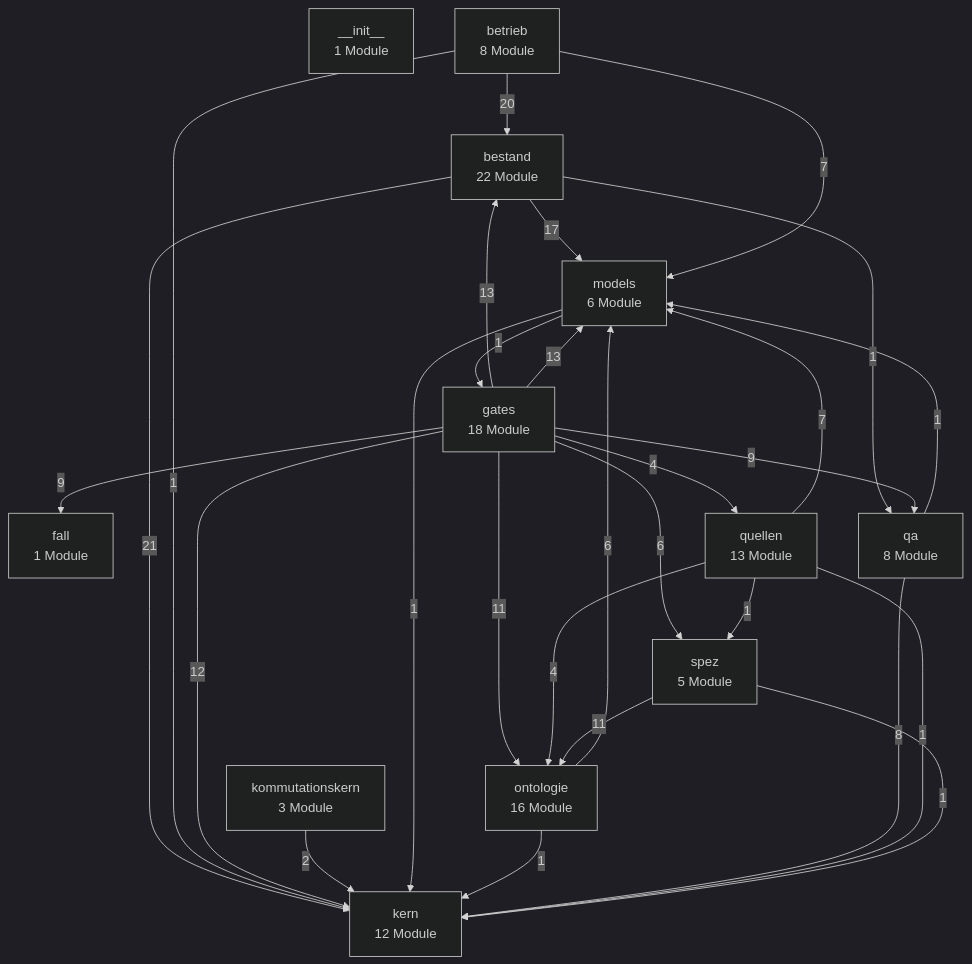
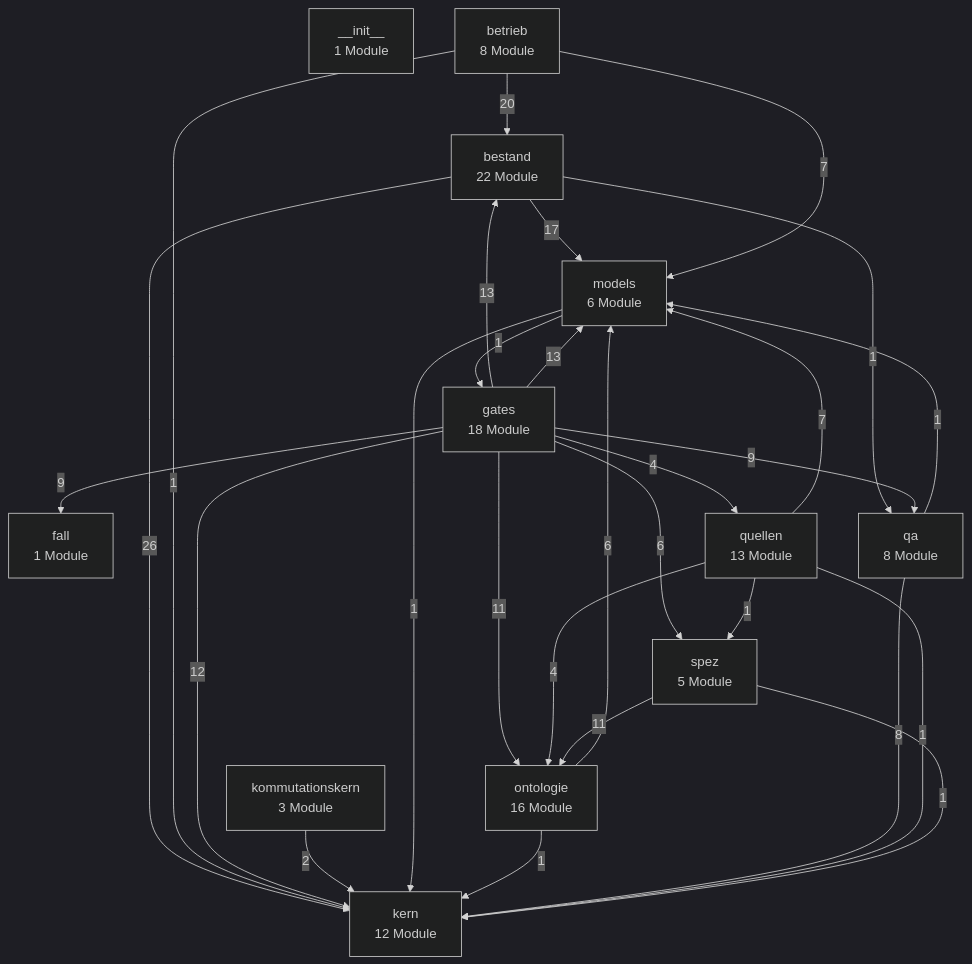
One commit to bartlmac/rechner-pipeline changed the first of 3 diagrams in docs/architektur/landkarte.md. Above: the diagram before and after it, drawn with Mermaid (dark theme). The commit also changed 11 other files, not shown here.

````diff
--- a/docs/architektur/landkarte.md
+++ b/docs/architektur/landkarte.md
@@ -27,43 +27,43 @@
 ```mermaid
 %% Schichten — erzeugt von ontologie.landkarte
 flowchart TD
     n__init__["__init__<br/>1 Module"]
     bestand["bestand<br/>22 Module"]
     betrieb["betrieb<br/>8 Module"]
     fall["fall<br/>1 Module"]
     gates["gates<br/>18 Module"]
     kern["kern<br/>12 Module"]
     kommutationskern["kommutationskern<br/>3 Module"]
     models["models<br/>6 Module"]
     ontologie["ontologie<br/>16 Module"]
     qa["qa<br/>8 Module"]
     quellen["quellen<br/>13 Module"]
     spez["spez<br/>5 Module"]
-    bestand -- 21 --> kern
+    bestand -- 26 --> kern
     bestand -- 17 --> models
     bestand -- 1 --> qa
     betrieb -- 20 --> bestand
     betrieb -- 1 --> kern
     betrieb -- 7 --> models
     gates -- 13 --> bestand
     gates -- 9 --> fall
     gates -- 12 --> kern
     gates -- 13 --> models
     gates -- 11 --> ontologie
     gates -- 9 --> qa
     gates -- 4 --> quellen
     gates -- 6 --> spez
     kommutationskern -- 2 --> kern
     models -- 1 --> gates
     models -- 1 --> kern
     ontologie -- 1 --> kern
     ontologie -- 6 --> models
     qa -- 8 --> kern
     qa -- 1 --> models
     quellen -- 1 --> kern
     quellen -- 7 --> models
     quellen -- 4 --> ontologie
     quellen -- 1 --> spez
     spez -- 1 --> kern
     spez -- 11 --> ontologie
 ```
````
